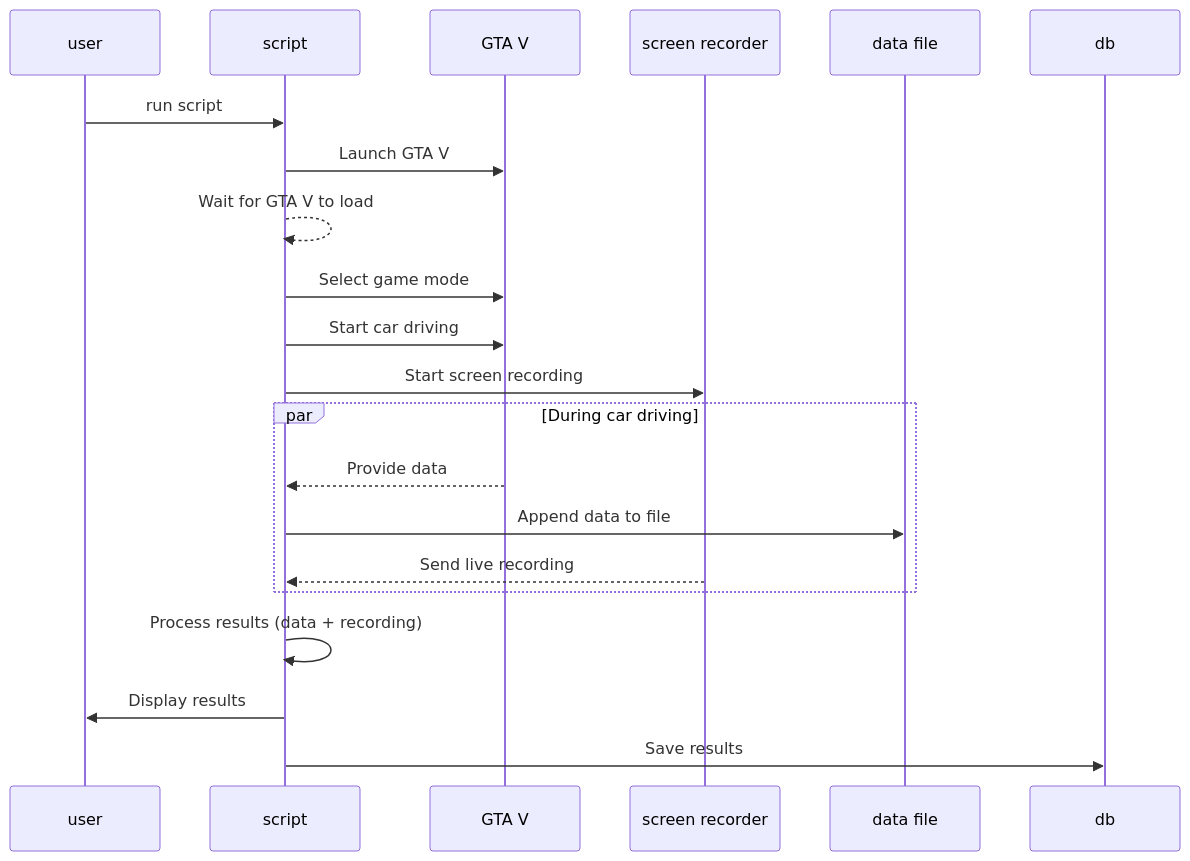
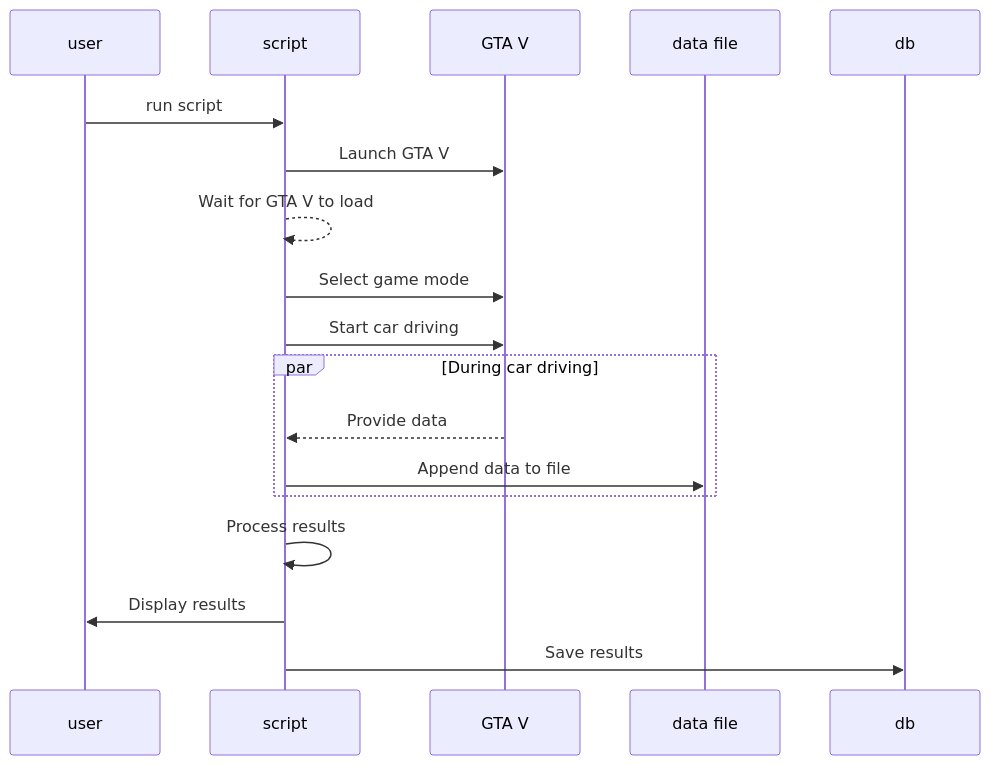
One commit to Gochad/AutoGuard changed the diagram in README.md. Above: the diagram before and after it, drawn with Mermaid. The commit also changed other lines of this file and 1 other file, not shown here.

Commit message:
change diagra,

````diff
--- a/README.md
+++ b/README.md
@@ -28,24 +28,23 @@
 ```mermaid
 sequenceDiagram
     participant user as user
     participant script as script
     participant GTA as GTA V
-    participant recorder as screen recorder
     participant file as data file
     participant db as db
 
     user->>script: run script
     script->>GTA: Launch GTA V
     script-->>script: Wait for GTA V to load
     script->>GTA: Select game mode
     script->>GTA: Start car driving
-    script->>recorder: Start screen recording
+
     par During car driving
         GTA-->>script: Provide data
         script->>file: Append data to file
-        recorder-->>script: Send live recording
     end
-    script->>script: Process results (data + recording)
+
+    script->>script: Process results
     script->>user: Display results
     script->>db: Save results
 ```
````
